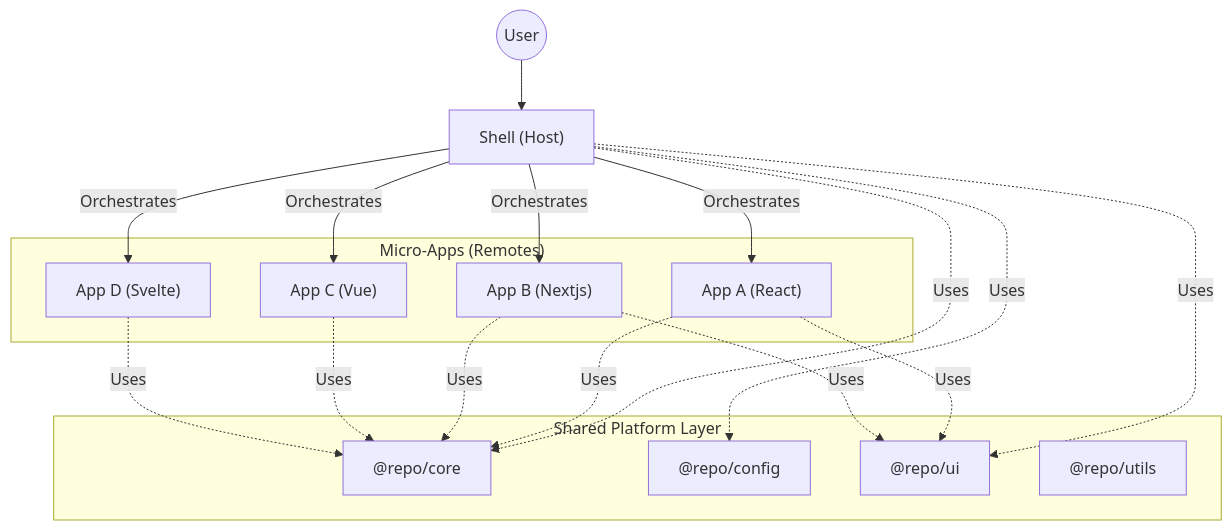
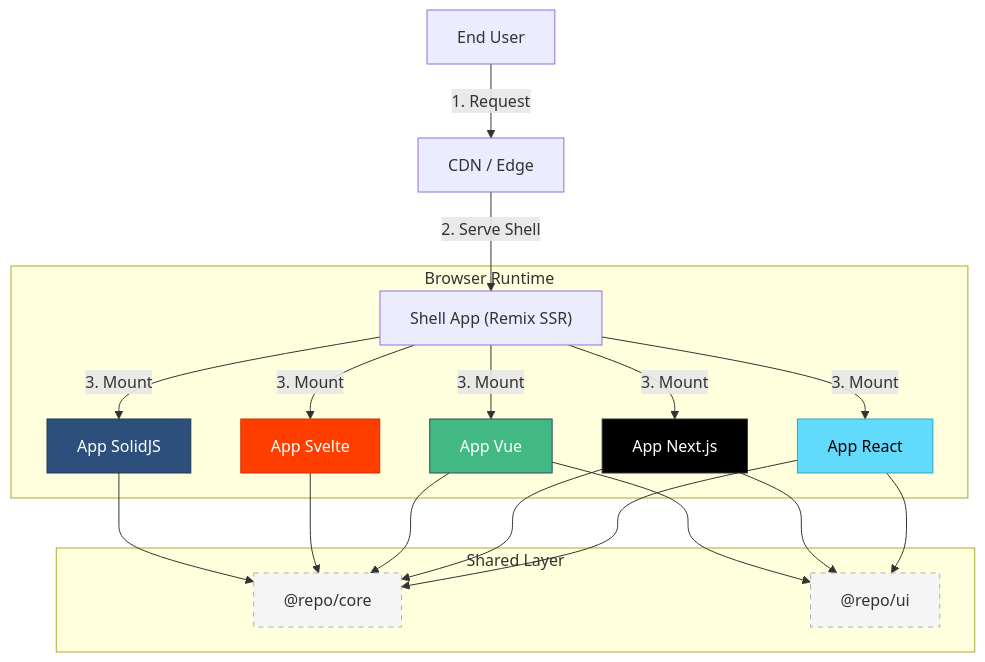
Before and after one commit to tian972k/micro-fontend-base: the first of 4 diagrams in docs/ARCHITECTURE.md, drawn with Mermaid. The commit also changed other lines of this file and 10 other files, not shown here.

````diff
--- a/docs/ARCHITECTURE.md
+++ b/docs/ARCHITECTURE.md
@@ -14,34 +9,31 @@
 ```mermaid
 graph TD
-    User((User)) --> Shell["Shell (Host)"]
+    User[End User] -->|1. Request| CDN["CDN / Edge"]
+    CDN -->|2. Serve Shell| Shell["Shell App (Remix SSR)"]
 
-    subgraph "Micro-Apps (Remotes)"
-        AppA["App A (React)"]
-        AppB["App B (Nextjs)"]
-        AppC["App C (Vue)"]
-        AppD["App D (Svelte)"]
+    subgraph "Browser Runtime"
+        Shell -->|3. Mount| React[App React]:::react
+        Shell -->|3. Mount| Next[App Next.js]:::next
+        Shell -->|3. Mount| Vue[App Vue]:::vue
+        Shell -->|3. Mount| Svelte[App Svelte]:::svelte
+        Shell -->|3. Mount| Solid[App SolidJS]:::solid
     end
 
-    subgraph "Shared Platform Layer"
-        Core["@repo/core"]
-        Config["@repo/config"]
-        UI["@repo/ui"]
-        Utils["@repo/utils"]
+    subgraph "Shared Layer"
+        Core["@repo/core"]:::shared
+        UI["@repo/ui"]:::shared
     end
 
-    Shell -->|Orchestrates| AppA
-    Shell -->|Orchestrates| AppB
-    Shell -->|Orchestrates| AppC
-    Shell -->|Orchestrates| AppD
+    React --> Core & UI
+    Next --> Core & UI
+    Vue --> Core & UI
+    Svelte --> Core
+    Solid --> Core
 
-    Shell -.->|Uses| Core
-    Shell -.->|Uses| UI
-    Shell -.->|Uses| Config
-
-    AppA -.->|Uses| Core
-    AppA -.->|Uses| UI
-    AppB -.->|Uses| Core
-    AppB -.->|Uses| UI
-    AppC -.->|Uses| Core
-    AppD -.->|Uses| Core
+    classDef react fill:#61dafb,color:#000,stroke:#2da6cc
+    classDef next fill:#000000,color:#fff,stroke:#333
+    classDef vue fill:#42b883,color:#fff,stroke:#35495e
+    classDef svelte fill:#ff3e00,color:#fff,stroke:#cc3200
+    classDef solid fill:#2c4f7c,color:#fff,stroke:#1e3552
+    classDef shared fill:#f5f5f5,color:#333,stroke:#aeaeae,stroke-dasharray: 5 5
 ```
````
